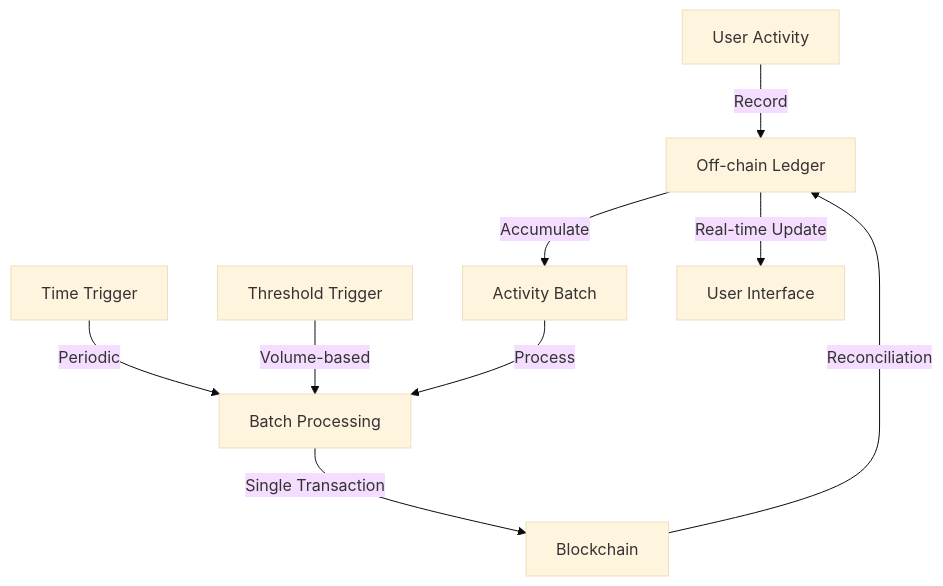
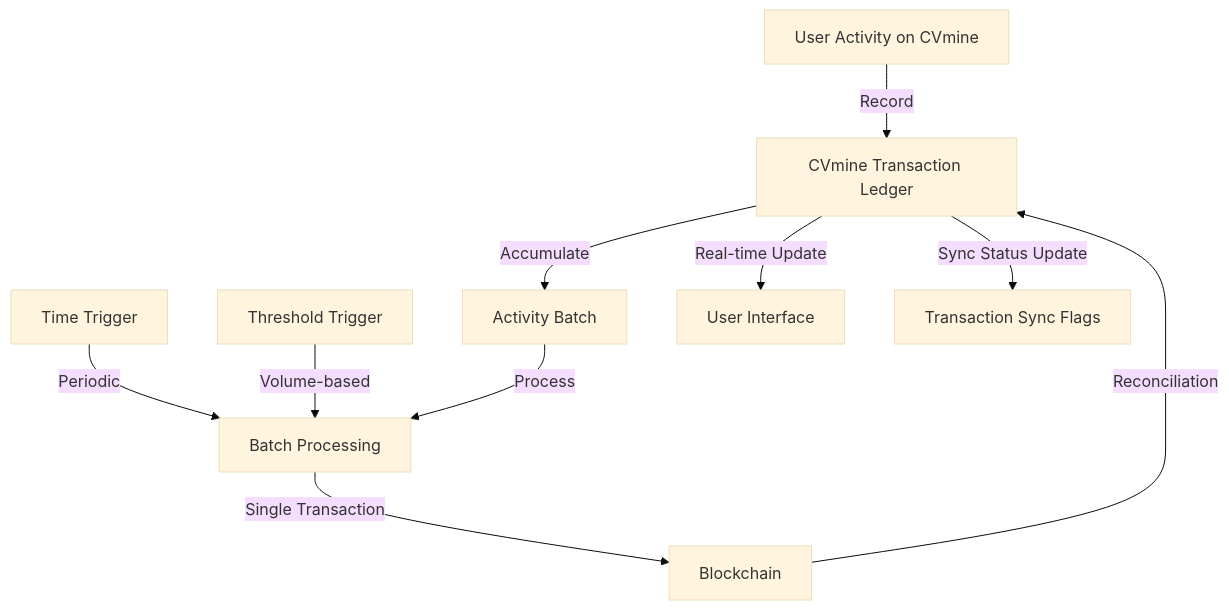
The fourth of 17 diagrams in whitepaper.md (karthikhosur/italtoken), drawn with Mermaid (base theme) before and after one commit. The commit also changed other lines of this file, not shown here.

````diff
--- a/whitepaper.md
+++ b/whitepaper.md
@@ -59,11 +89,12 @@
 ```mermaid
 graph TD
-    A[User Activity] -->|Record| B[Off-chain Ledger]
+    A[User Activity on CVmine] -->|Record| B[CVmine Transaction Ledger]
     B -->|Accumulate| C[Activity Batch]
     D[Time Trigger] -->|Periodic| E[Batch Processing]
     F[Threshold Trigger] -->|Volume-based| E
     C -->|Process| E
     E -->|Single Transaction| G[Blockchain]
     B -->|Real-time Update| H[User Interface]
     G -->|Reconciliation| B
+    B -->|Sync Status Update| I[Transaction Sync Flags]
 ```
````
